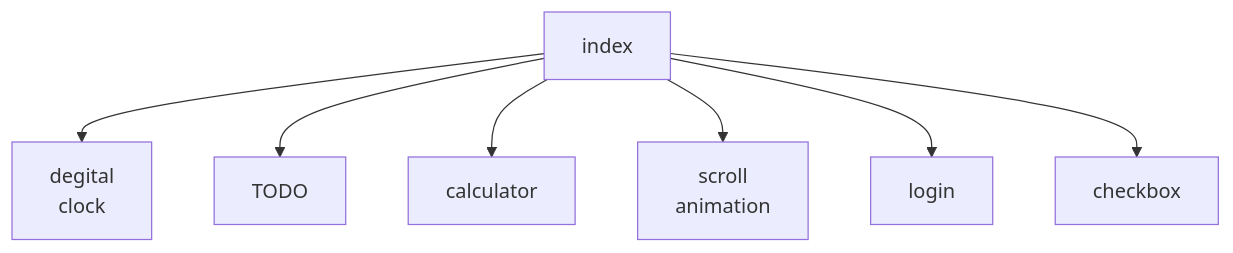
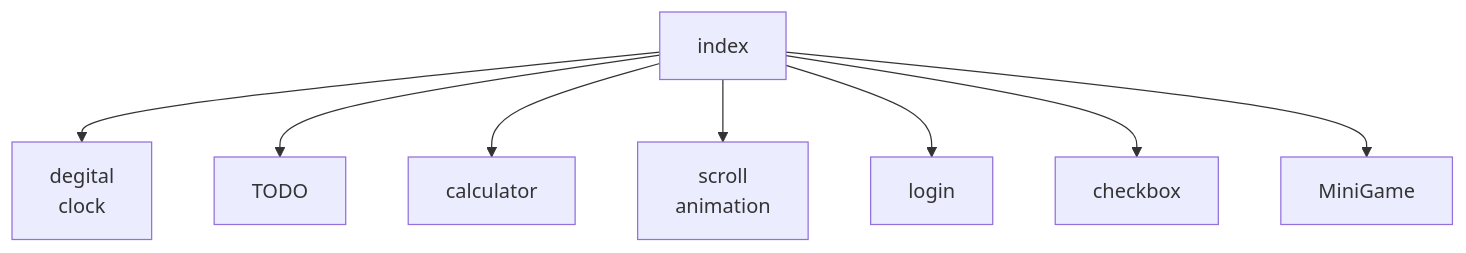
Before and after one commit to KP-KAZUMA/EXperimental: the diagram in README.md, drawn with Mermaid.

````diff
--- a/README.md
+++ b/README.md
@@ -5,11 +5,12 @@
 ```mermaid
   graph TD;
   A["index"]
   B["degital<br>clock"]
   C["TODO"]
   D["calculator"]
   E["scroll<br>animation"]
   F["login"]
   G["checkbox"]
-      A-->B & C & D & E & F & G;
+  H["MiniGame"]
+      A-->B & C & D & E & F & G & H;
 ```
````
